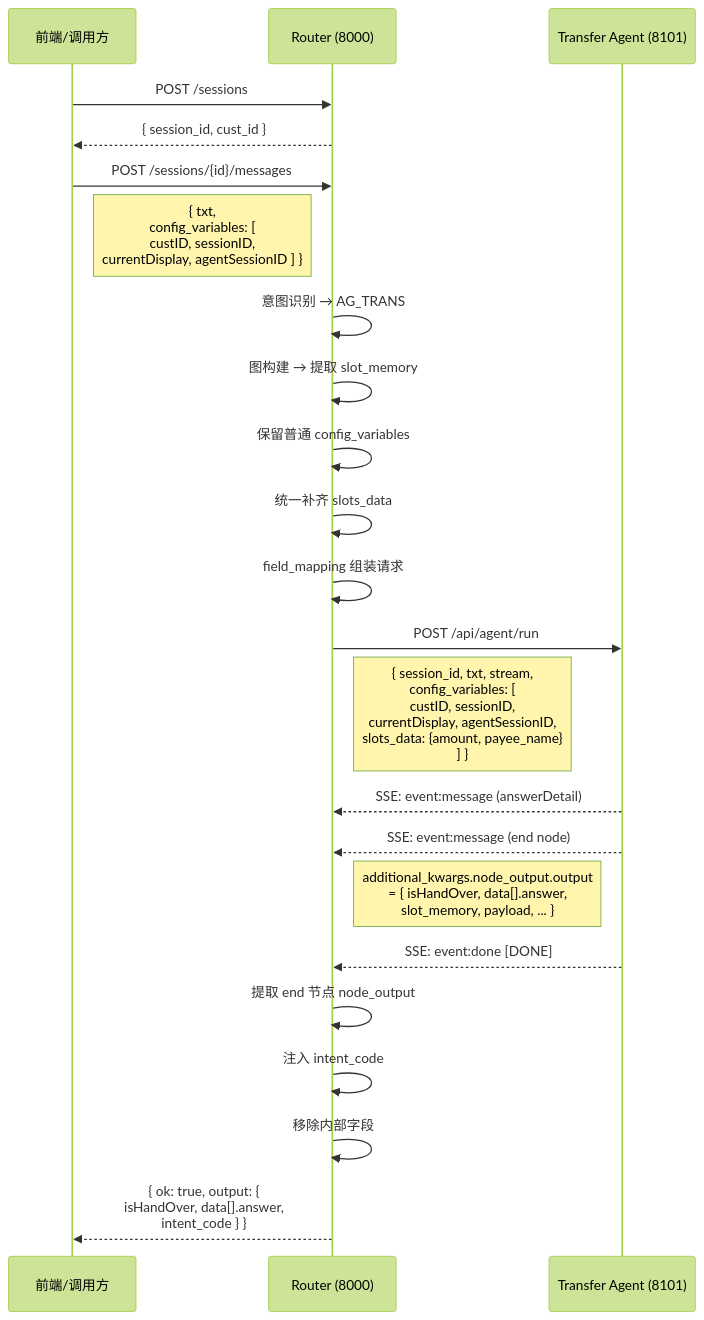
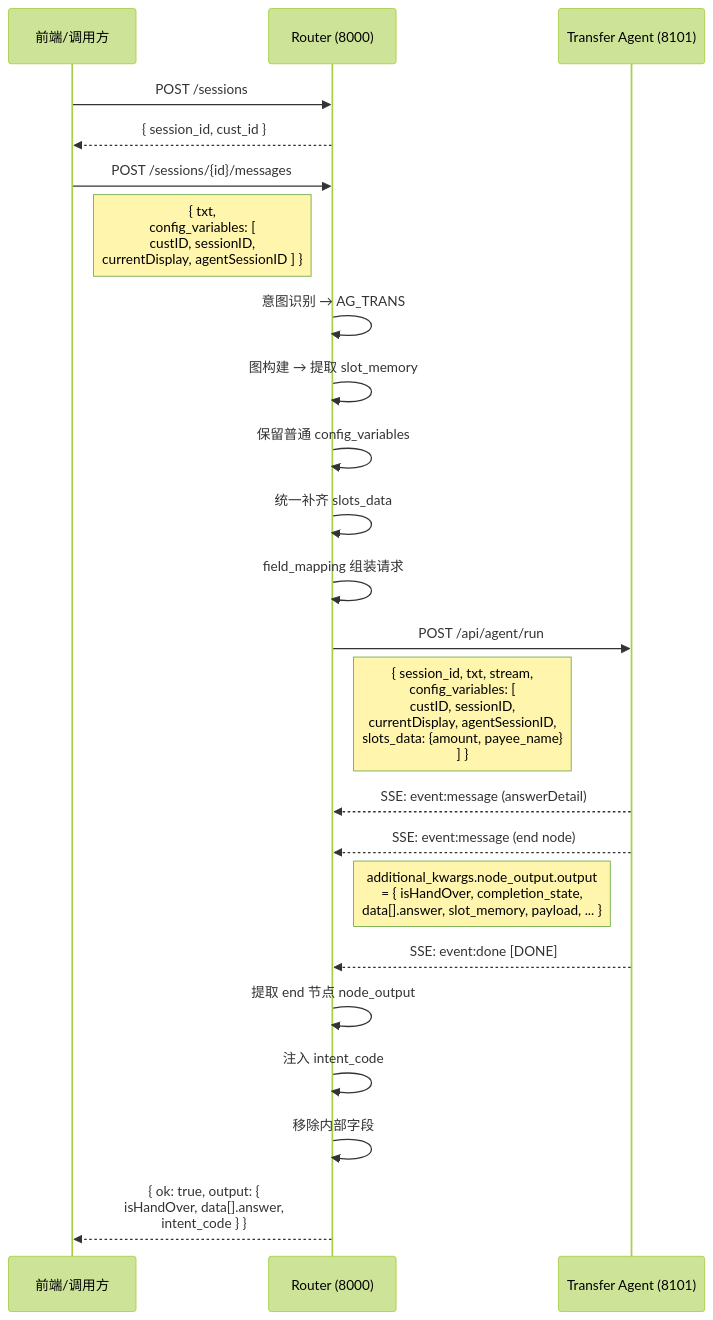
One commit to corelli359/intent-router changed the second of 2 diagrams in docs/v3/router-service-通信协议规范.md. Above: the diagram before and after it, drawn with Mermaid (forest theme). The commit also changed other lines of this file and 7 other files, not shown here.

````diff
--- a/docs/v3/router-service-通信协议规范.md
+++ b/docs/v3/router-service-通信协议规范.md
@@ -634,32 +637,32 @@
 ```mermaid
 sequenceDiagram
     participant FE as 前端/调用方
     participant RT as Router (8000)
     participant AG as Transfer Agent (8101)
 
     FE->>RT: POST /sessions
     RT-->>FE: { session_id, cust_id }
 
     FE->>RT: POST /sessions/{id}/messages
     Note right of FE: { txt,<br>config_variables: [<br>  custID, sessionID,<br>  currentDisplay, agentSessionID ] }
 
     RT->>RT: 意图识别 → AG_TRANS
     RT->>RT: 图构建 → 提取 slot_memory
     RT->>RT: 保留普通 config_variables
     RT->>RT: 统一补齐 slots_data
     RT->>RT: field_mapping 组装请求
 
     RT->>AG: POST /api/agent/run
     Note right of RT: { session_id, txt, stream,<br>config_variables: [<br>  custID, sessionID,<br>  currentDisplay, agentSessionID,<br>  slots_data: {amount, payee_name}<br>] }
 
     AG-->>RT: SSE: event:message (answerDetail)
     AG-->>RT: SSE: event:message (end node)
-    Note left of AG: additional_kwargs.node_output.output<br>= { isHandOver, data[].answer,<br>slot_memory, payload, ... }
+    Note left of AG: additional_kwargs.node_output.output<br>= { isHandOver, completion_state,<br>data[].answer, slot_memory, payload, ... }
     AG-->>RT: SSE: event:done [DONE]
 
     RT->>RT: 提取 end 节点 node_output
     RT->>RT: 注入 intent_code
     RT->>RT: 移除内部字段
 
     RT-->>FE: { ok: true, output: {<br>  isHandOver, data[].answer,<br>  intent_code } }
 ```
````
